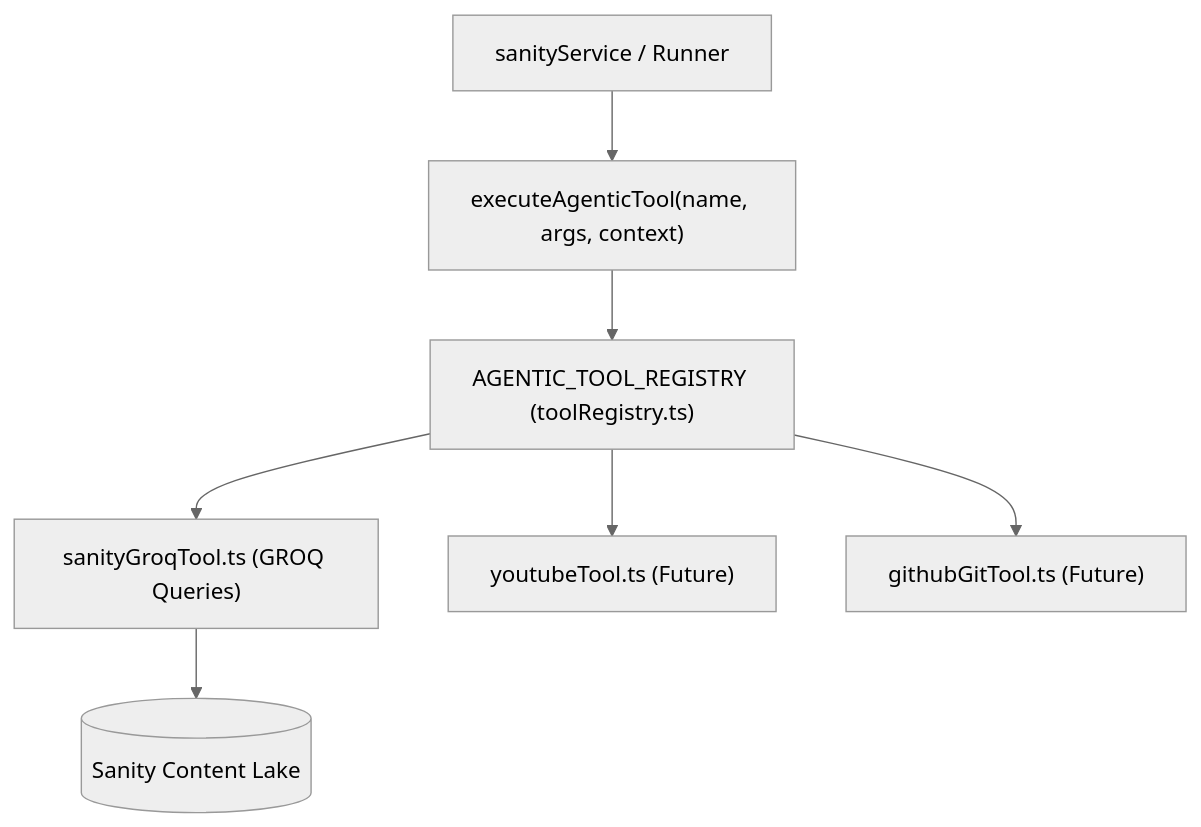
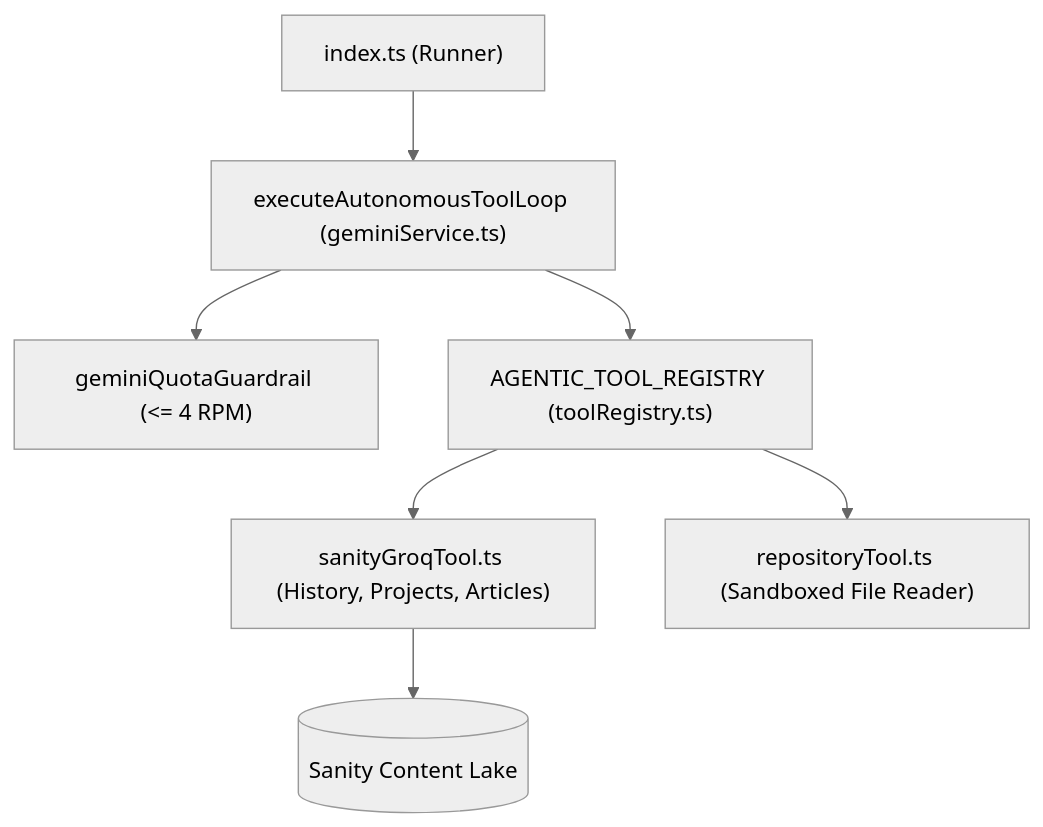
The diagram in documentation/agentic_tool_registry_standardization.md (BenjiBenji20/portfolio), drawn with Mermaid (neutral theme) before and after one commit. The commit also changed other lines of this file and 9 other files, not shown here.

Commit message:
register tool registry in index workflow so gemini has autonomy for tools.

````diff
--- a/documentation/agentic_tool_registry_standardization.md
+++ b/documentation/agentic_tool_registry_standardization.md
@@ -9,9 +9,9 @@
 ```mermaid
 flowchart TD
-  Service["sanityService / Runner"] --> Dispatcher["executeAgenticTool(name, args, context)"]
-  Dispatcher --> Registry["AGENTIC_TOOL_REGISTRY (toolRegistry.ts)"]
-  Registry --> SGT["sanityGroqTool.ts (GROQ Queries)"]
-  Registry --> YTT["youtubeTool.ts (Future)"]
-  Registry --> GHT["githubGitTool.ts (Future)"]
+  Runner["index.ts (Runner)"] --> Loop["executeAutonomousToolLoop (geminiService.ts)"]
+  Loop --> Guardrail["geminiQuotaGuardrail (<= 4 RPM)"]
+  Loop --> Registry["AGENTIC_TOOL_REGISTRY (toolRegistry.ts)"]
+  Registry --> SGT["sanityGroqTool.ts (History, Projects, Articles)"]
+  Registry --> RT["repositoryTool.ts (Sandboxed File Reader)"]
   SGT --> Lake[("Sanity Content Lake")]
 ```
````
